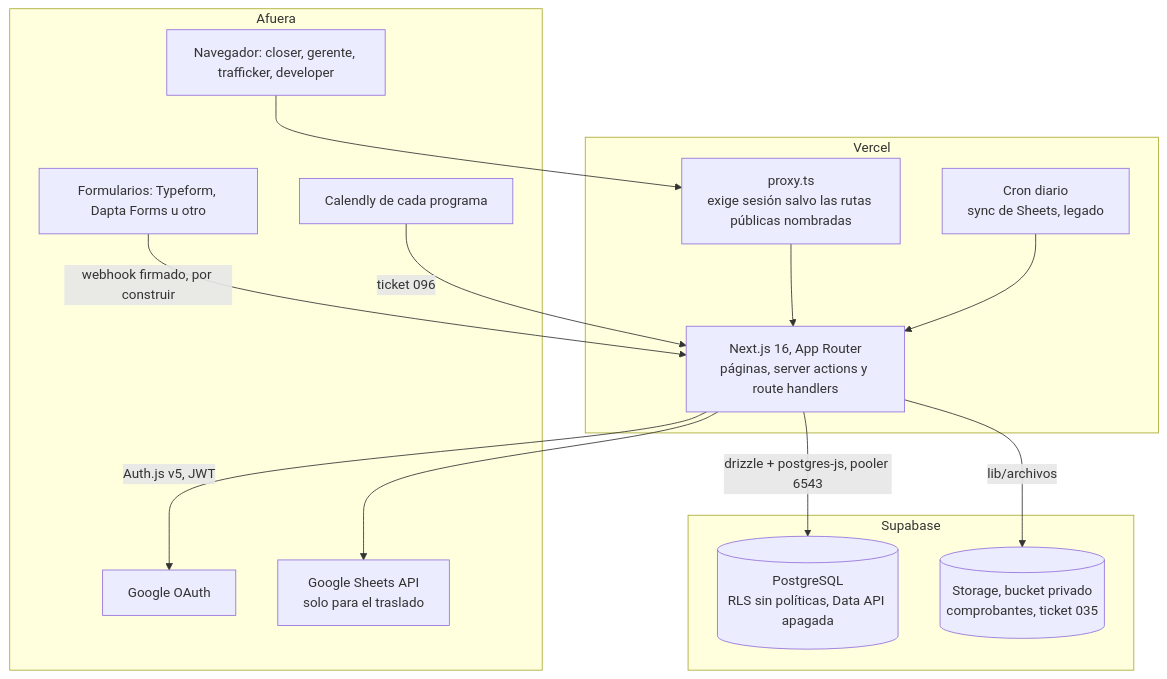
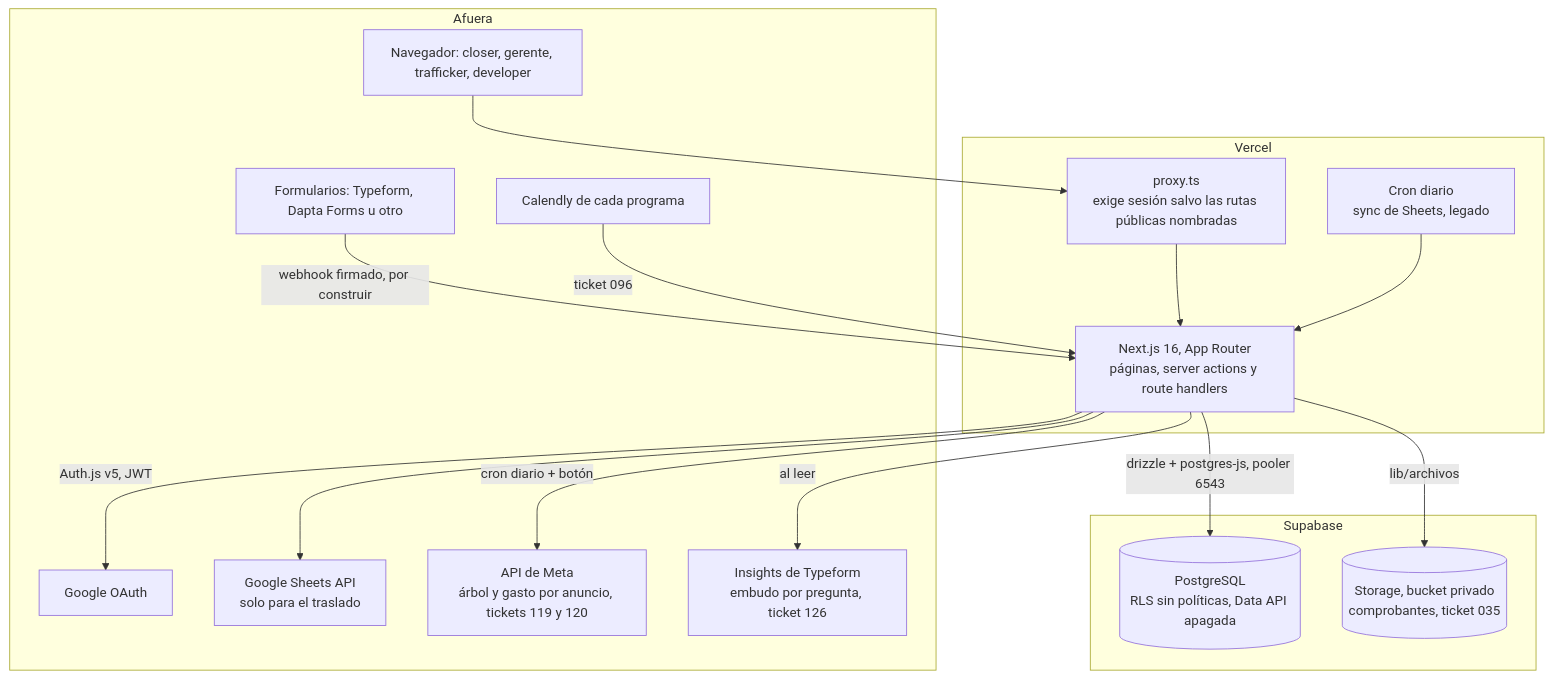
One commit to Retia-Agencia/retia-metrics changed the seventh of 9 diagrams in docs/structure.md. Above: the diagram before and after it, drawn with Mermaid. The commit also changed other lines of this file and 51 other files, not shown here.

````diff
--- a/docs/structure.md
+++ b/docs/structure.md
@@ -287,27 +291,31 @@
 ```mermaid
 flowchart TD
   subgraph FUERA["Afuera"]
     NAV["Navegador: closer, gerente, trafficker, developer"]
     FORM["Formularios: Typeform, Dapta Forms u otro"]
     CALE["Calendly de cada programa"]
     GOOG["Google OAuth"]
     SHEETS["Google Sheets API<br/>solo para el traslado"]
+    META["API de Meta<br/>árbol y gasto por anuncio, tickets 119 y 120"]
+    TFI["Insights de Typeform<br/>embudo por pregunta, ticket 126"]
   end
   subgraph VERCEL["Vercel"]
     PROXY["proxy.ts<br/>exige sesión salvo las rutas públicas nombradas"]
     NEXT["Next.js 16, App Router<br/>páginas, server actions y route handlers"]
     CRON["Cron diario<br/>sync de Sheets, legado"]
   end
   subgraph SUPA["Supabase"]
     PG[("PostgreSQL<br/>RLS sin políticas, Data API apagada")]
     STO[("Storage, bucket privado<br/>comprobantes, ticket 035")]
   end
   NAV --> PROXY --> NEXT
   FORM -->|"webhook firmado, por construir"| NEXT
   CALE -->|"ticket 096"| NEXT
   NEXT -->|"Auth.js v5, JWT"| GOOG
   NEXT -->|"drizzle + postgres-js, pooler 6543"| PG
   NEXT -->|"lib/archivos"| STO
   NEXT --> SHEETS
+  NEXT -->|"cron diario + botón"| META
+  NEXT -->|"al leer"| TFI
   CRON --> NEXT
 ```
````
